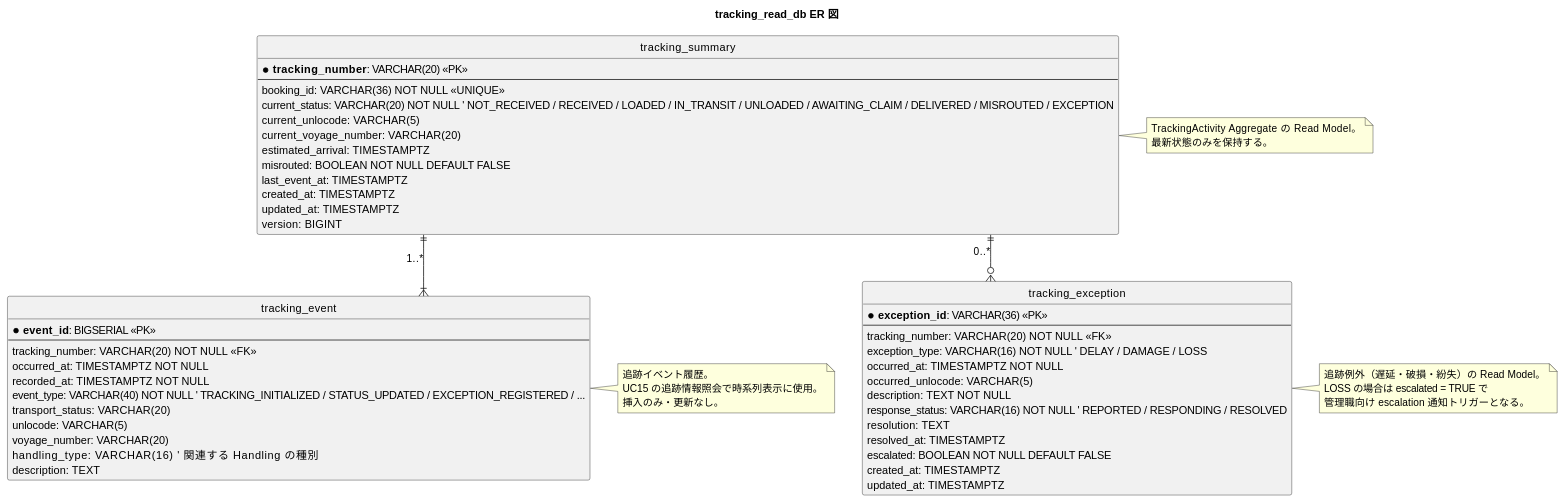
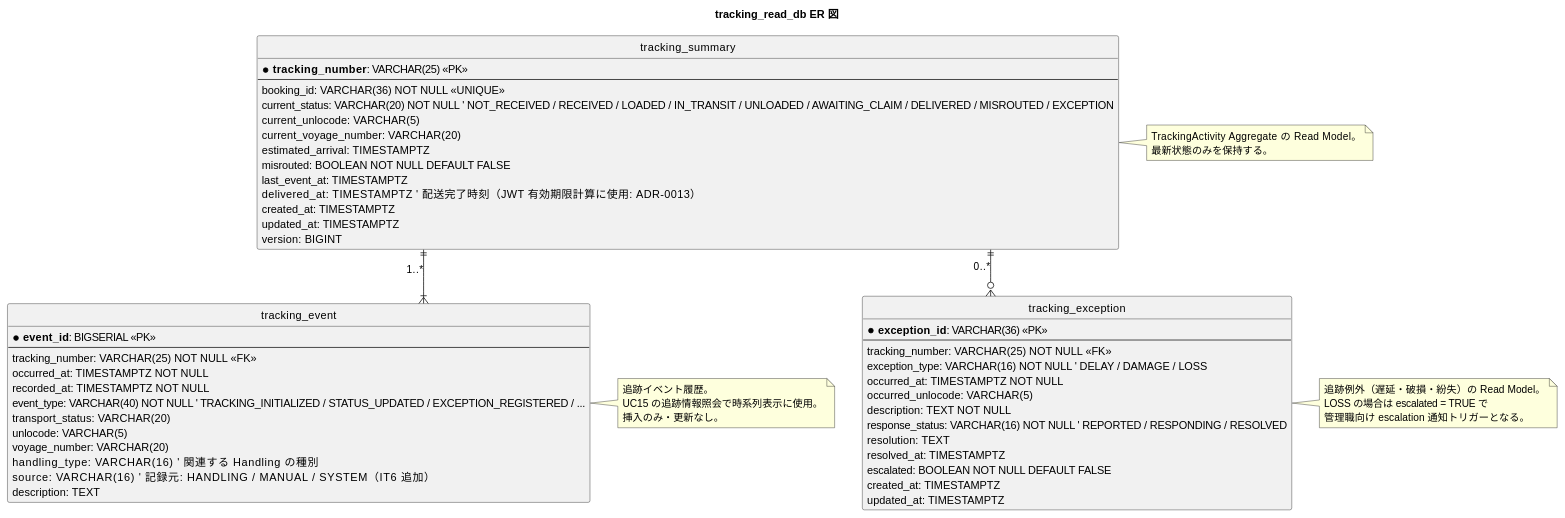
One commit to k2works/case-study-cargo-tracker changed the fifth of 8 diagrams in docs/design/data-model.md. Above: the diagram before and after it, drawn with PlantUML. The commit also changed other lines of this file and 10 other files, not shown here.

````diff
--- a/docs/design/data-model.md
+++ b/docs/design/data-model.md
@@ -506,73 +506,75 @@
 ```plantuml
 @startuml
 title tracking_read_db ER 図
 
 hide circle
 skinparam linetype ortho
 
 entity "tracking_summary" as ts {
-  * **tracking_number**: VARCHAR(20) <<PK>>
+  * **tracking_number**: VARCHAR(25) <<PK>>
   --
   booking_id: VARCHAR(36) NOT NULL <<UNIQUE>>
   current_status: VARCHAR(20) NOT NULL ' NOT_RECEIVED / RECEIVED / LOADED / IN_TRANSIT / UNLOADED / AWAITING_CLAIM / DELIVERED / MISROUTED / EXCEPTION
   current_unlocode: VARCHAR(5)
   current_voyage_number: VARCHAR(20)
   estimated_arrival: TIMESTAMPTZ
   misrouted: BOOLEAN NOT NULL DEFAULT FALSE
   last_event_at: TIMESTAMPTZ
+  delivered_at: TIMESTAMPTZ          ' 配送完了時刻（JWT 有効期限計算に使用: ADR-0013）
   created_at: TIMESTAMPTZ
   updated_at: TIMESTAMPTZ
   version: BIGINT
 }
 
 entity "tracking_event" as te {
   * **event_id**: BIGSERIAL <<PK>>
   --
-  tracking_number: VARCHAR(20) NOT NULL <<FK>>
+  tracking_number: VARCHAR(25) NOT NULL <<FK>>
   occurred_at: TIMESTAMPTZ NOT NULL
   recorded_at: TIMESTAMPTZ NOT NULL
   event_type: VARCHAR(40) NOT NULL ' TRACKING_INITIALIZED / STATUS_UPDATED / EXCEPTION_REGISTERED / ...
   transport_status: VARCHAR(20)
   unlocode: VARCHAR(5)
   voyage_number: VARCHAR(20)
   handling_type: VARCHAR(16)         ' 関連する Handling の種別
+  source: VARCHAR(16)                ' 記録元: HANDLING / MANUAL / SYSTEM（IT6 追加）
   description: TEXT
 }
 
 entity "tracking_exception" as ex {
   * **exception_id**: VARCHAR(36) <<PK>>
   --
-  tracking_number: VARCHAR(20) NOT NULL <<FK>>
+  tracking_number: VARCHAR(25) NOT NULL <<FK>>
   exception_type: VARCHAR(16) NOT NULL ' DELAY / DAMAGE / LOSS
   occurred_at: TIMESTAMPTZ NOT NULL
   occurred_unlocode: VARCHAR(5)
   description: TEXT NOT NULL
   response_status: VARCHAR(16) NOT NULL ' REPORTED / RESPONDING / RESOLVED
   resolution: TEXT
   resolved_at: TIMESTAMPTZ
   escalated: BOOLEAN NOT NULL DEFAULT FALSE
   created_at: TIMESTAMPTZ
   updated_at: TIMESTAMPTZ
 }
 
 ts ||--|{ te : "1..*"
 ts ||--o{ ex : "0..*"
 
 note right of ts
   TrackingActivity Aggregate の Read Model。
   最新状態のみを保持する。
 end note
 
 note right of te
   追跡イベント履歴。
   UC15 の追跡情報照会で時系列表示に使用。
   挿入のみ・更新なし。
 end note
 
 note right of ex
   追跡例外（遅延・破損・紛失）の Read Model。
   LOSS の場合は escalated = TRUE で
   管理職向け escalation 通知トリガーとなる。
 end note
 @enduml
 ```
````
